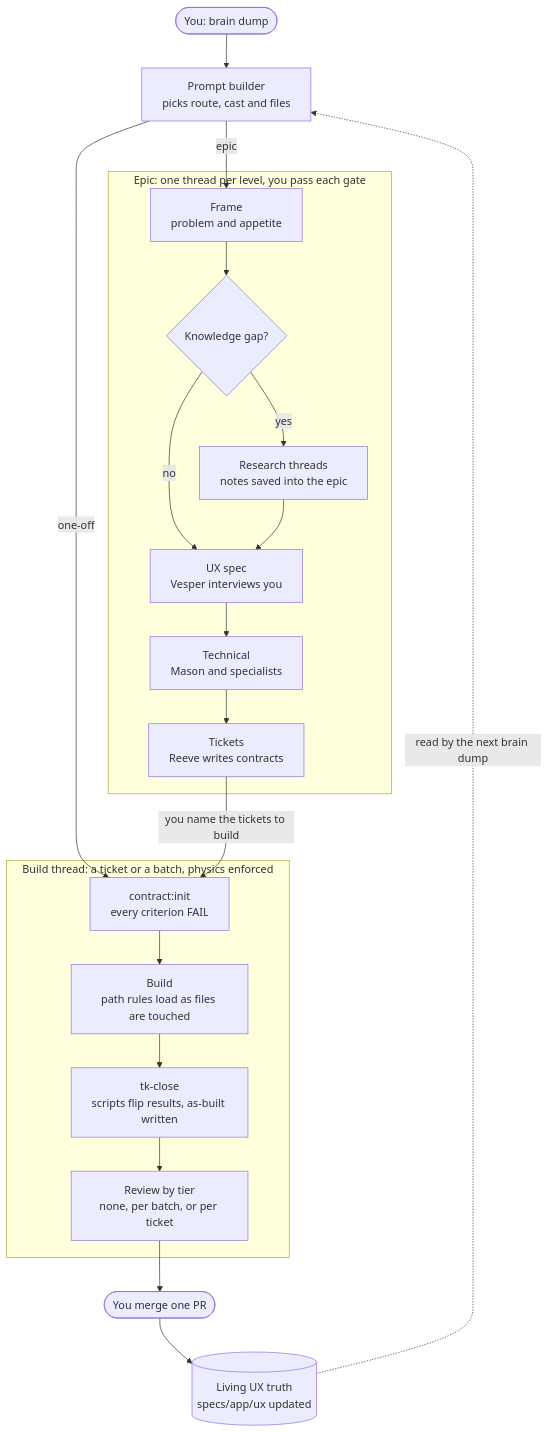
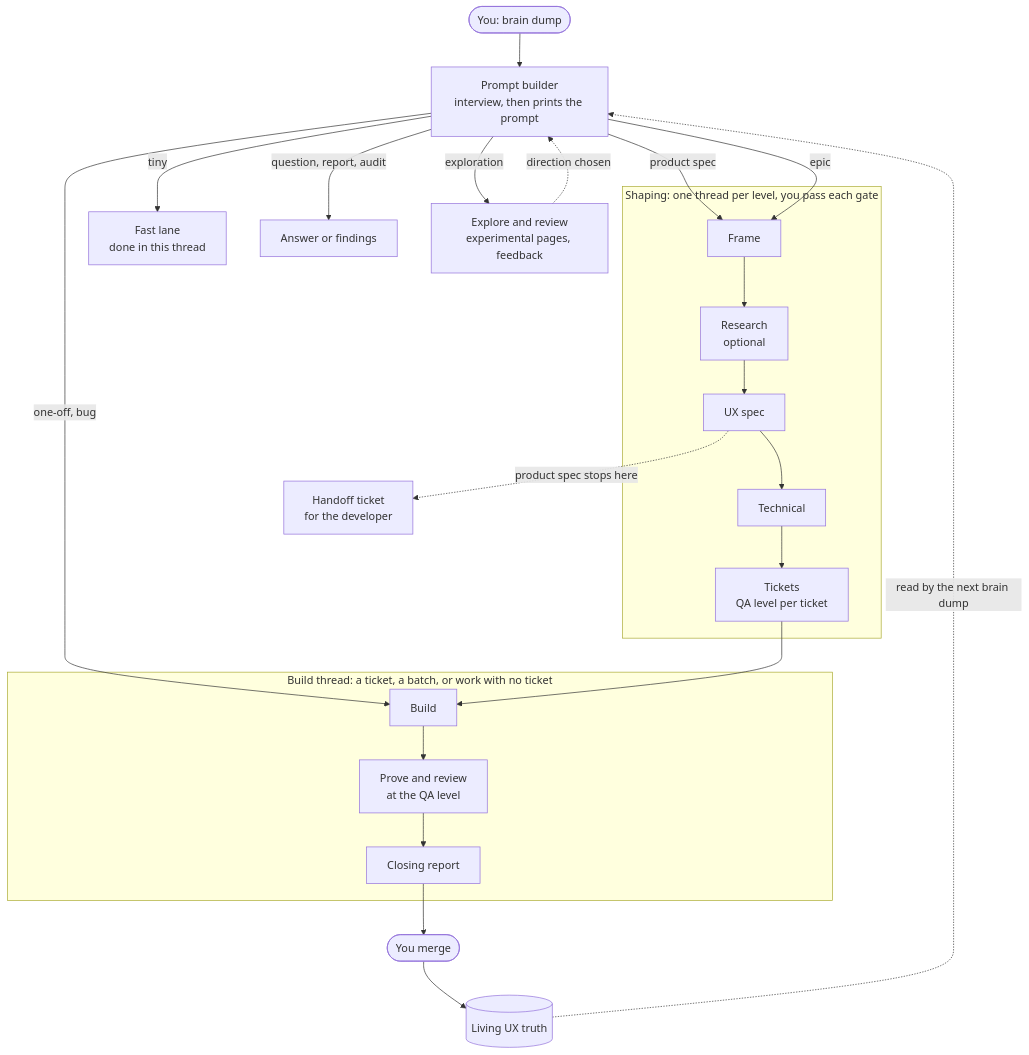
Before and after one commit to tayloraucoin/product-engineering-mastery: the diagram in docs/workflows/README.md, drawn with Mermaid. The commit also changed other lines of this file and 24 other files, not shown here.

Commit message:
PEM: workflow layer rebuilt around one front door, eight tracks and QA levels Q0 to Q3 (PR-18, batch 1)

````diff
--- a/docs/workflows/README.md
+++ b/docs/workflows/README.md
@@ -53,23 +55,23 @@
 ```mermaid
 flowchart TD
-  you(["You: brain dump"]) --> pb["Prompt builder<br/>picks route, cast and files"]
-  pb -->|"one-off"| init
+  you(["You: brain dump"]) --> pb["Prompt builder<br/>interview, then prints the prompt"]
+  pb -->|"tiny"| fast["Fast lane<br/>done in this thread"]
+  pb -->|"question, report, audit"| out["Answer or findings"]
+  pb -->|"exploration"| explore["Explore and review<br/>experimental pages, feedback"]
+  pb -->|"product spec"| frame
   pb -->|"epic"| frame
-  subgraph EPIC["Epic: one thread per level, you pass each gate"]
-    frame["Frame<br/>problem and appetite"] --> gap{"Knowledge gap?"}
-    gap -->|"yes"| research["Research threads<br/>notes saved into the epic"]
-    gap -->|"no"| ux
-    research --> ux["UX spec<br/>Vesper interviews you"]
-    ux --> tech["Technical<br/>Mason and specialists"]
-    tech --> tix["Tickets<br/>Reeve writes contracts"]
+  pb -->|"one-off, bug"| build
+  explore -.->|"direction chosen"| pb
+  subgraph SHAPE["Shaping: one thread per level, you pass each gate"]
+    frame["Frame"] --> research["Research<br/>optional"] --> ux["UX spec"]
+    ux --> tech["Technical"] --> tix["Tickets<br/>QA level per ticket"]
   end
-  tix -->|"you name the tickets to build"| init
-  subgraph BUILD["Build thread: a ticket or a batch, physics enforced"]
-    init["contract:init<br/>every criterion FAIL"] --> build["Build<br/>path rules load as files are touched"]
-    build --> close["tk-close<br/>scripts flip results, as-built written"]
-    close --> rev["Review by tier<br/>none, per batch, or per ticket"]
+  ux -.->|"product spec stops here"| handoff["Handoff ticket<br/>for the developer"]
+  tix --> build
+  subgraph BUILD["Build thread: a ticket, a batch, or work with no ticket"]
+    build["Build"] --> prove["Prove and review<br/>at the QA level"] --> report["Closing report"]
   end
-  rev --> merge(["You merge one PR"])
-  merge --> truth[("Living UX truth<br/>specs/app/ux updated")]
+  report --> merge(["You merge"])
+  merge --> truth[("Living UX truth")]
   truth -.->|"read by the next brain dump"| pb
 ```
````
